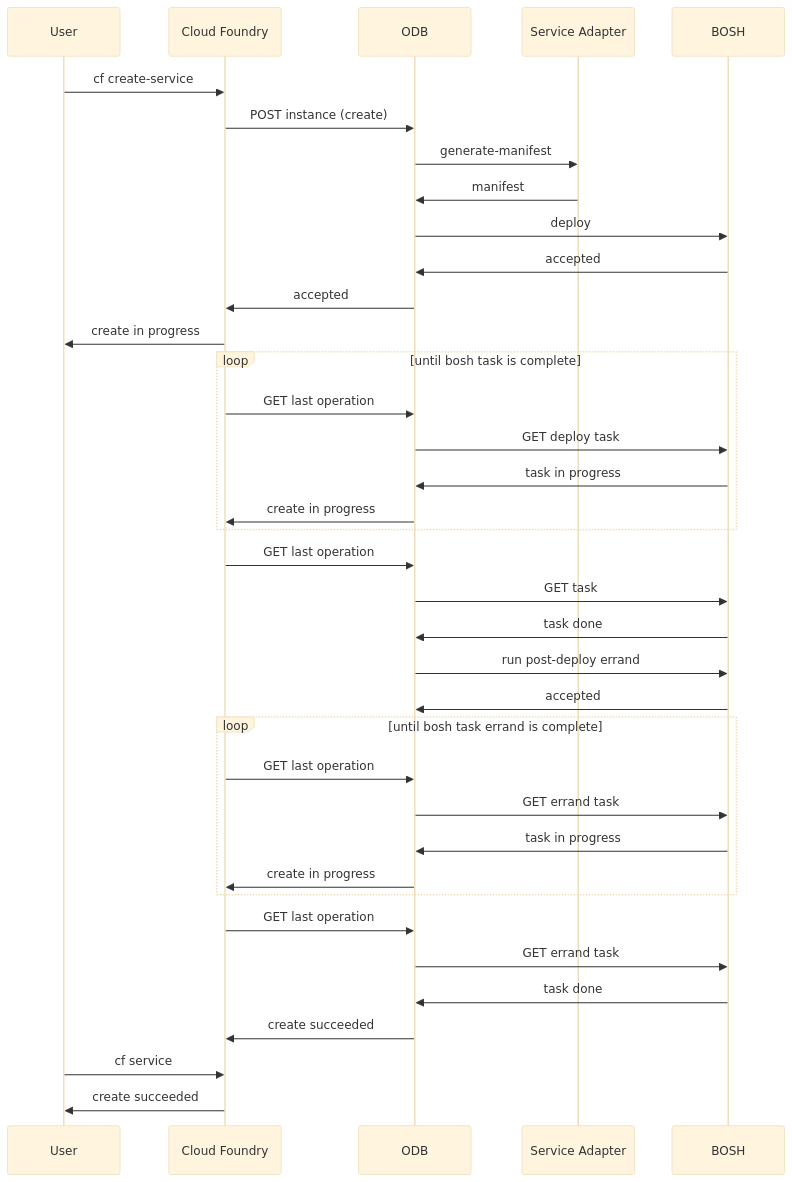
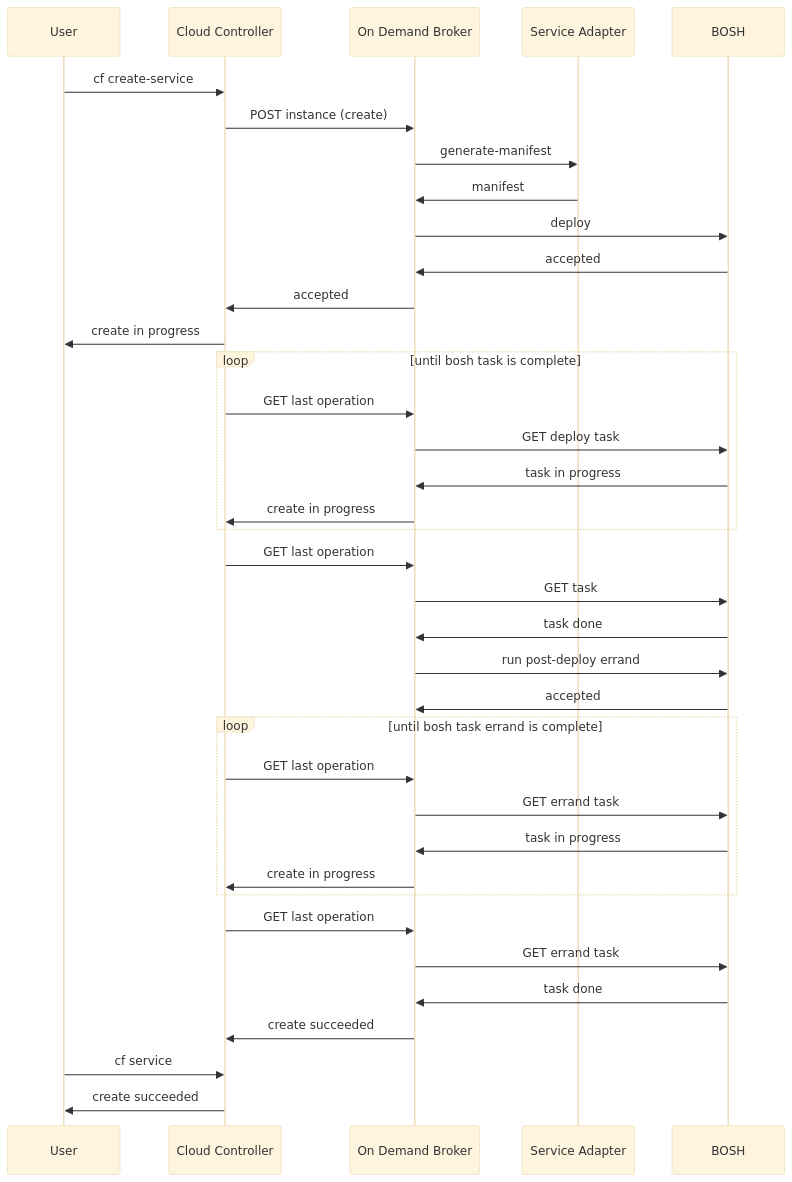
One commit to pivotal-cf/docs-on-demand-service-broker changed the diagram in mmd/create_post_deploy_workflow.mmd. Above: the diagram before and after it, drawn with Mermaid (base theme). The commit also changed 10 other files, not shown here.

Commit message:
change  to  in sequence diagrams

```diff
--- a/mmd/create_post_deploy_workflow.mmd
+++ b/mmd/create_post_deploy_workflow.mmd
@@ -1,34 +1,34 @@
 <div class="mermaid">
 sequenceDiagram
-  User->> Cloud Foundry: cf create-service
-  Cloud Foundry->> ODB: POST instance (create)
-  ODB->>Service Adapter: generate-manifest
-  Service Adapter->>ODB: manifest
-  ODB->>BOSH: deploy
-  BOSH->>ODB: accepted
-  ODB->>Cloud Foundry: accepted
-  Cloud Foundry->>User: create in progress
+  User->> Cloud Controller: cf create-service
+  Cloud Controller->> On Demand Broker: POST instance (create)
+  On Demand Broker->>Service Adapter: generate-manifest
+  Service Adapter->>On Demand Broker: manifest
+  On Demand Broker->>BOSH: deploy
+  BOSH->>On Demand Broker: accepted
+  On Demand Broker->>Cloud Controller: accepted
+  Cloud Controller->>User: create in progress
   loop until bosh task is complete
-    Cloud Foundry->>ODB: GET last operation
-    ODB->>BOSH: GET deploy task
-    BOSH->>ODB: task in progress
-    ODB->>Cloud Foundry: create in progress
+    Cloud Controller->>On Demand Broker: GET last operation
+    On Demand Broker->>BOSH: GET deploy task
+    BOSH->>On Demand Broker: task in progress
+    On Demand Broker->>Cloud Controller: create in progress
   end
-  Cloud Foundry->>ODB: GET last operation
-  ODB->>BOSH: GET task
-  BOSH->>ODB: task done
-  ODB->>BOSH: run post-deploy errand
-  BOSH->>ODB: accepted
+  Cloud Controller->>On Demand Broker: GET last operation
+  On Demand Broker->>BOSH: GET task
+  BOSH->>On Demand Broker: task done
+  On Demand Broker->>BOSH: run post-deploy errand
+  BOSH->>On Demand Broker: accepted
   loop until bosh task errand is complete
-    Cloud Foundry->>ODB:GET last operation
-    ODB->>BOSH:GET errand task
-    BOSH->>ODB:task in progress
-    ODB->>Cloud Foundry:create in progress
+    Cloud Controller->>On Demand Broker:GET last operation
+    On Demand Broker->>BOSH:GET errand task
+    BOSH->>On Demand Broker:task in progress
+    On Demand Broker->>Cloud Controller:create in progress
   end
-  Cloud Foundry->>ODB:GET last operation
-  ODB->>BOSH:GET errand task
-  BOSH->>ODB:task done
-  ODB->>Cloud Foundry:create succeeded
-  User->>Cloud Foundry:cf service
-  Cloud Foundry->>User: create succeeded
+  Cloud Controller->>On Demand Broker:GET last operation
+  On Demand Broker->>BOSH:GET errand task
+  BOSH->>On Demand Broker:task done
+  On Demand Broker->>Cloud Controller:create succeeded
+  User->>Cloud Controller:cf service
+  Cloud Controller->>User: create succeeded
 </div>
```
